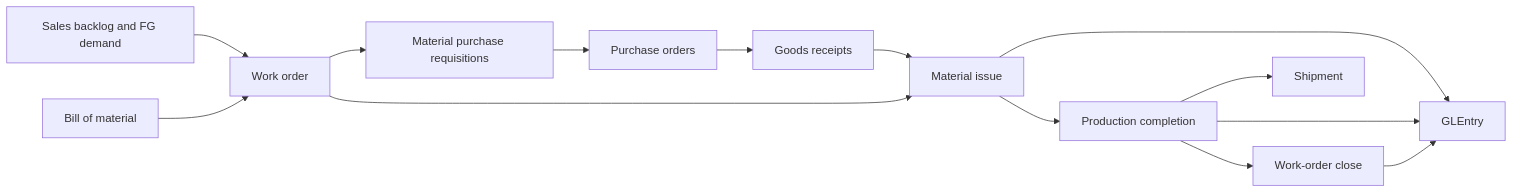
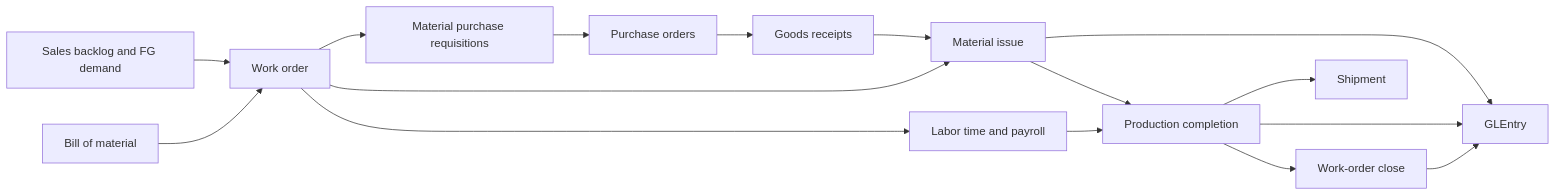
One commit to mmcodesso/CharlesRiver_Database changed the diagram in docs/processes/manufacturing.md. Above: the diagram before and after it, drawn with Mermaid. The commit also changed other lines of this file and 44 other files, not shown here.

````diff
--- a/docs/processes/manufacturing.md
+++ b/docs/processes/manufacturing.md
@@ -19,24 +19,29 @@
 ```mermaid
 flowchart LR
     SO[Sales backlog and FG demand]
     PR[Material purchase requisitions]
     PO[Purchase orders]
     GR[Goods receipts]
     BOM[Bill of material]
     WO[Work order]
     MI[Material issue]
+    LT[Labor time and payroll]
     PC[Production completion]
     WC[Work-order close]
     SH[Shipment]
     GL[GLEntry]
 
     SO --> WO
     BOM --> WO
     WO --> PR
     PR --> PO --> GR --> MI
-    WO --> MI --> PC --> WC
+    WO --> MI
+    WO --> LT
+    MI --> PC
+    LT --> PC
+    PC --> WC
     PC --> SH
     MI --> GL
     PC --> GL
     WC --> GL
 ```
````
